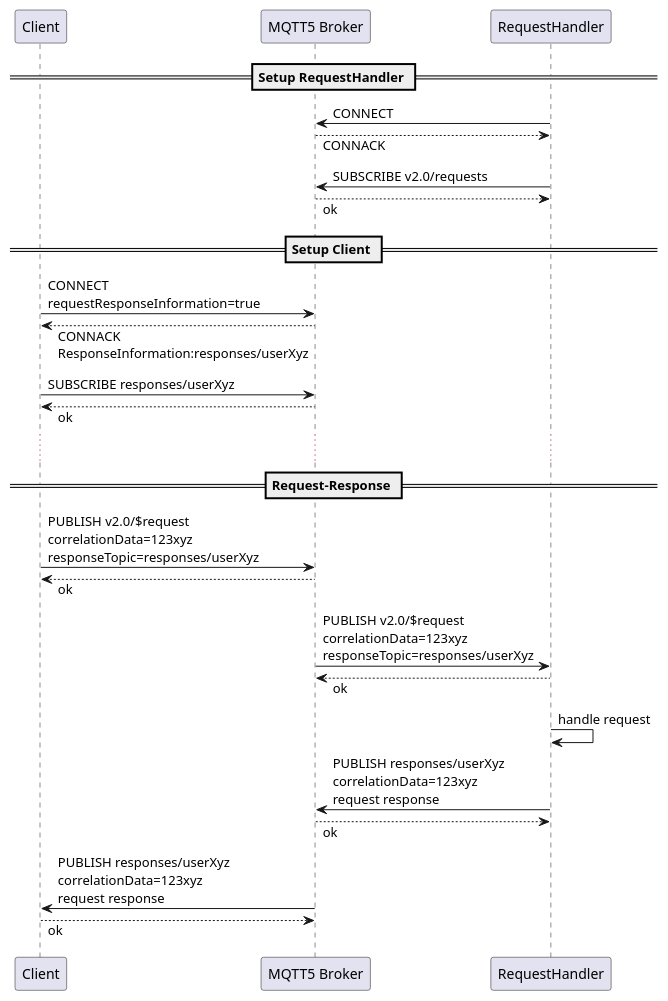
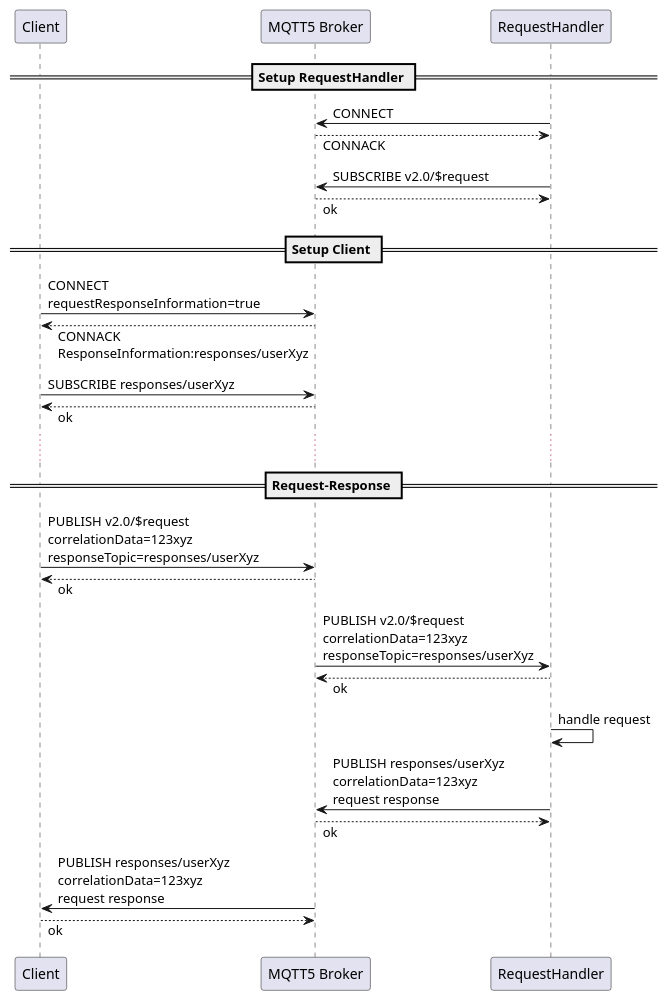
Before and after one commit to opengeospatial/sensorthings: the diagram in sections/clause_11_bindings_mqtt.adoc, drawn with PlantUML.

Commit message:
Fixed v2.0/requests to v2.0/$request in MQTT Request-Response image

```diff
--- a/sections/clause_11_bindings_mqtt.adoc
+++ b/sections/clause_11_bindings_mqtt.adoc
@@ -55,41 +55,41 @@
 [plantuml, title='MQTT 5 request-response pattern', reftext='{figure-caption} {counter:figure-num}']
 ....
 @startuml
   skinparam responseMessageBelowArrow true
   participant Client as client
   participant "MQTT5 Broker" as broker
   participant RequestHandler as rh
 
   == Setup RequestHandler ==
   rh -> broker: CONNECT
   rh <-- broker: CONNACK
 
-  rh -> broker: SUBSCRIBE v2.0/requests
+  rh -> broker: SUBSCRIBE v2.0/$request
   rh <-- broker: ok
 
   == Setup Client ==
 
   client -> broker: CONNECT\nrequestResponseInformation=true
   client <-- broker: CONNACK\nResponseInformation:responses/userXyz
 
   client -> broker: SUBSCRIBE responses/userXyz
   client <-- broker: ok
 
   ...
 
   == Request-Response ==
   client -> broker: PUBLISH v2.0/$request\ncorrelationData=123xyz\nresponseTopic=responses/userXyz
   client <-- broker: ok
 
   broker -> rh: PUBLISH v2.0/$request\ncorrelationData=123xyz\nresponseTopic=responses/userXyz
   broker <-- rh: ok
 
   rh -> rh: handle request
 
   rh -> broker: PUBLISH responses/userXyz\ncorrelationData=123xyz\nrequest response
   rh <-- broker: ok
 
   broker -> client: PUBLISH responses/userXyz\ncorrelationData=123xyz\nrequest response
   broker <-- client: ok
 @enduml
 ....
```
